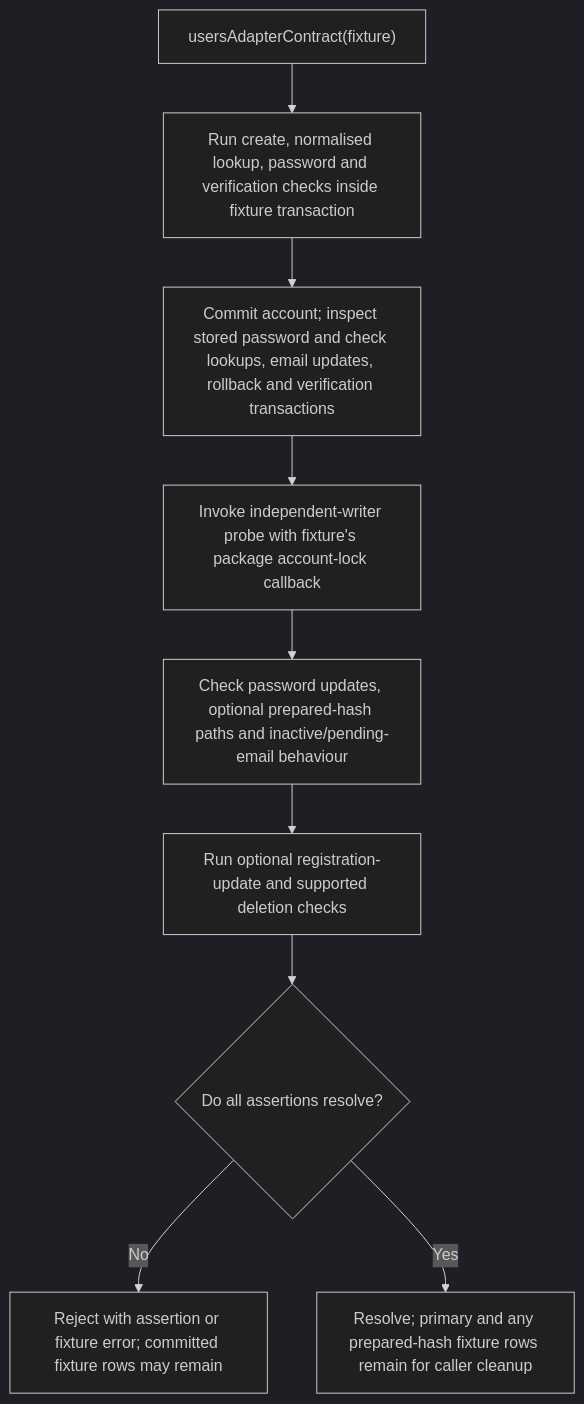
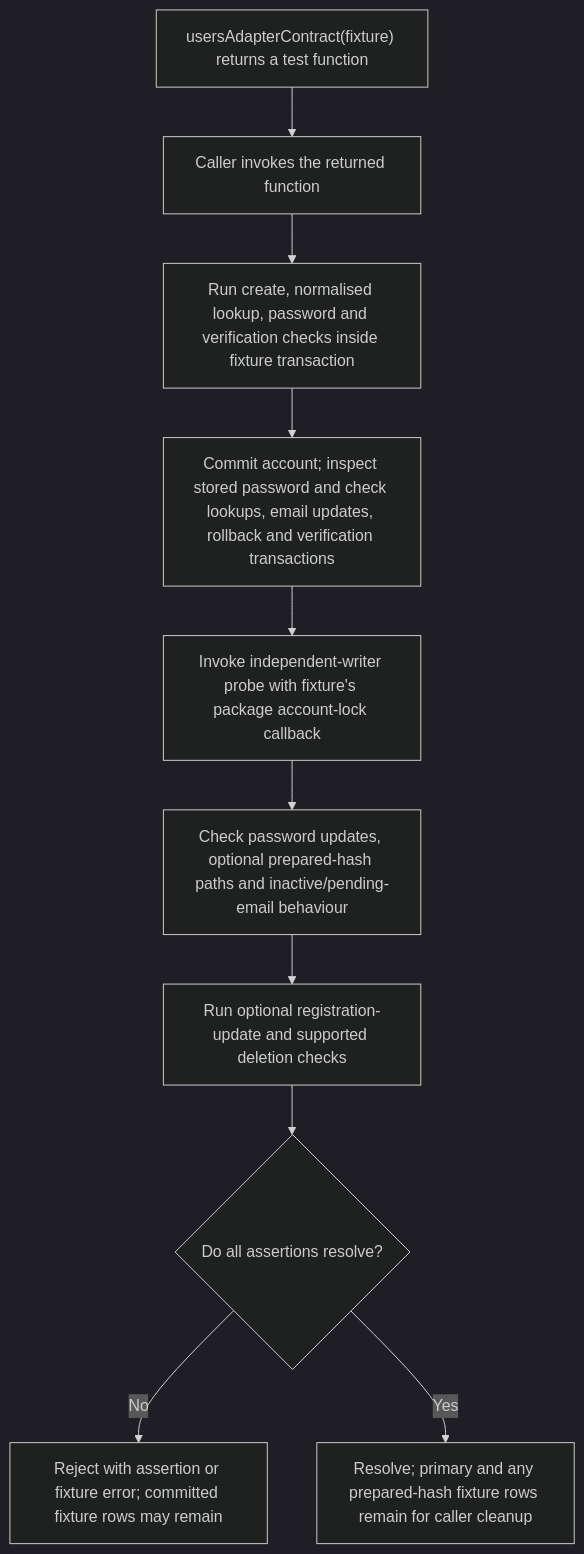
The second of 2 diagrams in user-stories/US-ACCOUNT-54-check-custom-adapter-contract.md (Kevinjohn/oss-adonisjs-account-kit), drawn with Mermaid (dark theme) before and after one commit. The commit also changed 16 other files, not shown here.

````diff
--- a/user-stories/US-ACCOUNT-54-check-custom-adapter-contract.md
+++ b/user-stories/US-ACCOUNT-54-check-custom-adapter-contract.md
@@ -34,11 +34,12 @@
 ```mermaid
 flowchart TD
- A["usersAdapterContract(fixture)"] --> B["Run create, normalised lookup, password and verification checks inside fixture transaction"]
+ A["usersAdapterContract(fixture) returns a test function"] --> Z["Caller invokes the returned function"]
+ Z --> B["Run create, normalised lookup, password and verification checks inside fixture transaction"]
  B --> C["Commit account; inspect stored password and check lookups, email updates, rollback and verification transactions"]
  C --> D["Invoke independent-writer probe with fixture's package account-lock callback"]
  D --> E["Check password updates, optional prepared-hash paths and inactive/pending-email behaviour"]
  E --> F["Run optional registration-update and supported deletion checks"]
  F --> G{"Do all assertions resolve?"}
  G -->|No| H["Reject with assertion or fixture error; committed fixture rows may remain"]
  G -->|Yes| I["Resolve; primary and any prepared-hash fixture rows remain for caller cleanup"]
 ```
````
